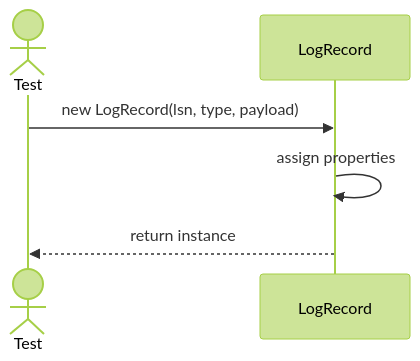
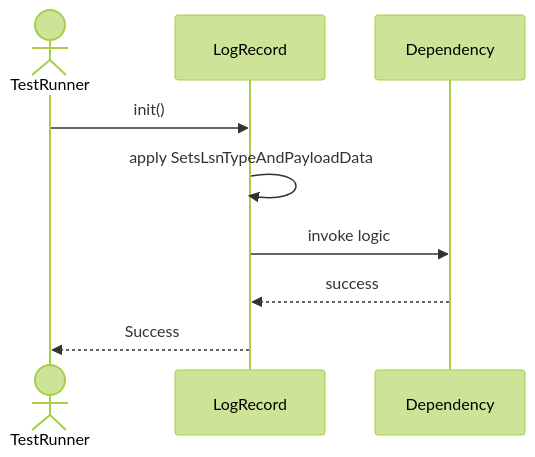
Before and after one commit to TamBui1706/DBMS: the first of 5 diagrams in Sequences/BackupDurability/LogRecord.md, drawn with Mermaid (forest theme). The commit also changed other lines of this file and 63 other files, not shown here.

Commit message:
Draw sequence diagram for unit tests

````diff
--- a/Sequences/BackupDurability/LogRecord.md
+++ b/Sequences/BackupDurability/LogRecord.md
@@ -14,9 +20,10 @@
 ```mermaid
 sequenceDiagram
-    actor Test
+    actor TestRunner
     participant LogRecord
-
-    Test->>LogRecord: new LogRecord(lsn, type, payload)
-    LogRecord->>LogRecord: assign properties
-    LogRecord-->>Test: return instance
+    TestRunner->>LogRecord: init()
+    LogRecord->>LogRecord: apply SetsLsnTypeAndPayloadData
+    LogRecord->>Dependency: invoke logic
+    Dependency-->>LogRecord: success
+    LogRecord-->>TestRunner: Success
 ```
````
